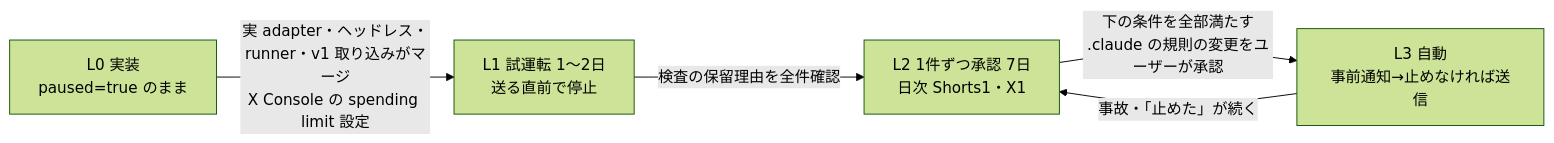
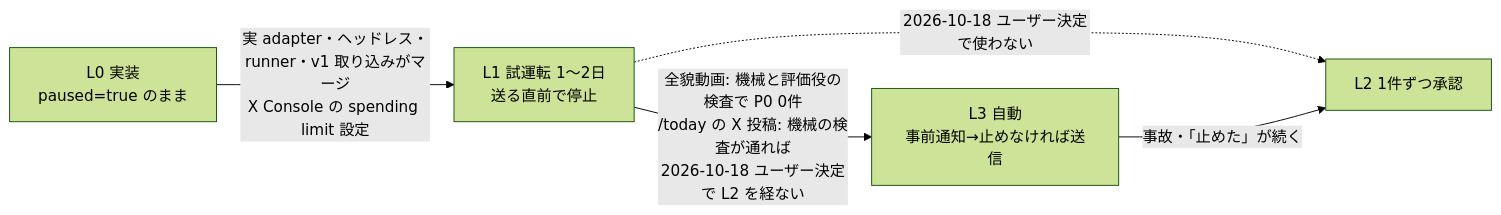
One commit to rhapsody0919/boatrace-ai-predictor changed the second of 2 diagrams in docs/design/sns-pdca-loop/spec.md. Above: the diagram before and after it, drawn with Mermaid (forest theme). The commit also changed other lines of this file and 6 other files, not shown here.

````diff
--- a/docs/design/sns-pdca-loop/spec.md
+++ b/docs/design/sns-pdca-loop/spec.md
@@ -93,7 +93,7 @@
 ```mermaid
 flowchart LR
   L0[L0 実装<br/>paused=true のまま] -->|実 adapter・ヘッドレス・runner・v1 取り込みがマージ<br/>X Console の spending limit 設定| L1[L1 試運転 1〜2日<br/>送る直前で停止]
-  L1 -->|検査の保留理由を全件確認| L2[L2 1件ずつ承認 7日<br/>日次 Shorts1・X1]
-  L2 -->|下の条件を全部満たす<br/>.claude の規則の変更をユーザーが承認| L3[L3 自動<br/>事前通知→止めなければ送信]
+  L1 -.->|2026-10-18 ユーザー決定で使わない| L2[L2 1件ずつ承認]
+  L1 -->|全貌動画: 機械と評価役の検査で P0 0件<br/>/today の X 投稿: 機械の検査が通れば<br/>2026-10-18 ユーザー決定で L2 を経ない| L3[L3 自動<br/>事前通知→止めなければ送信]
   L3 -->|事故・「止めた」が続く| L2
 ```
````
